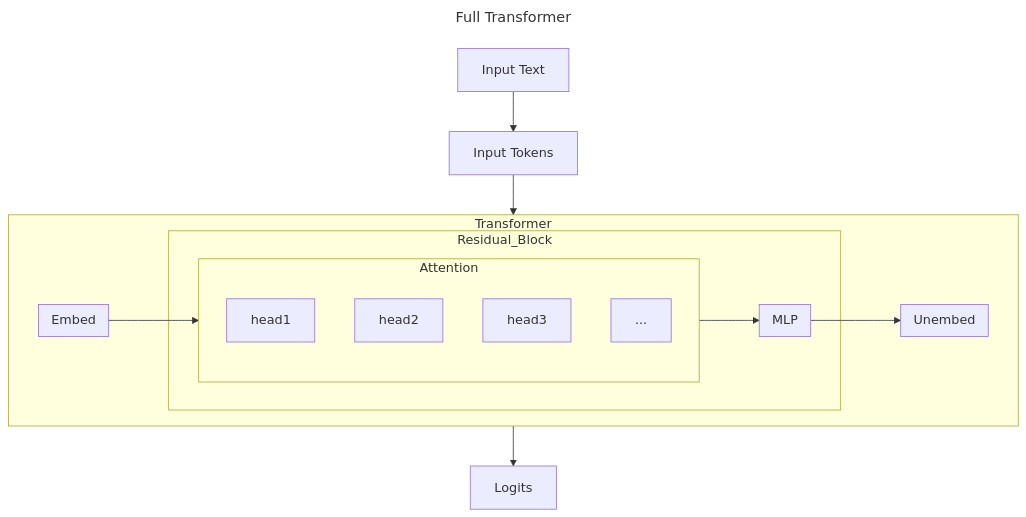
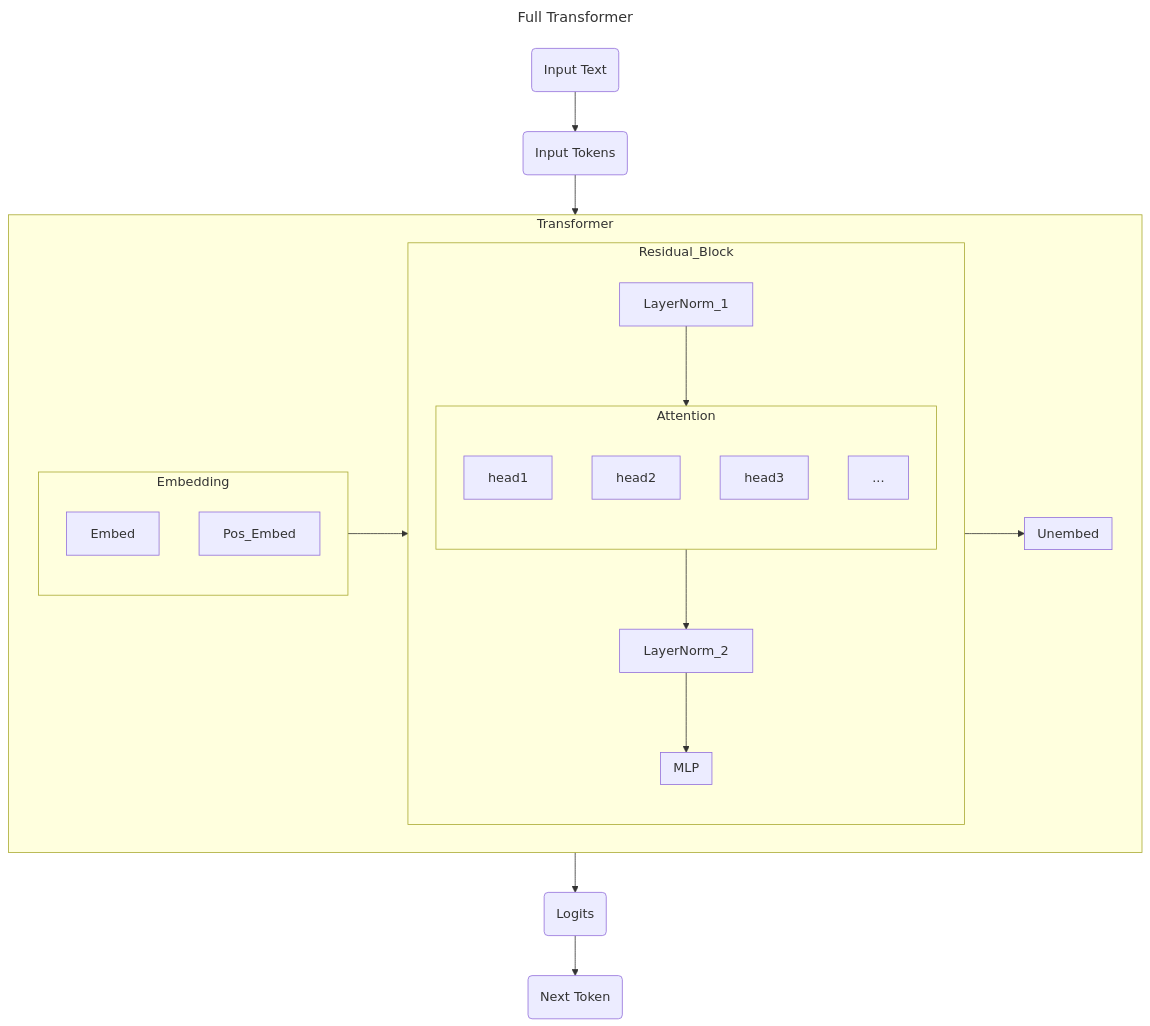
One commit to emma-x1/emma-x1.github.io changed the diagram in src/posts/transformer-from-scratch.md. Above: the diagram before and after it, drawn with Mermaid. The commit also changed other lines of this file and 1 other file, not shown here.

````diff
--- a/src/posts/transformer-from-scratch.md
+++ b/src/posts/transformer-from-scratch.md
@@ -29,25 +20,31 @@
 ```mermaid
 ---
 title: Full Transformer
 ---
 graph TD
-A[Input Text] -->  B[Input Tokens] --> Transformer
+A(Input Text) -->  B(Input Tokens) --> Transformer
 subgraph Transformer
-  subgraph Embed
+  subgraph Embedding
+    Embed
+    Pos_Embed
   end
   subgraph Residual_Block
+    LayerNorm_1 --> Attention
     subgraph Attention
       head1
       head2
       head3
       ...
     end
+    Attention --> LayerNorm_2
+    LayerNorm_2 --> MLP
     subgraph MLP
     end
   end
   subgraph Unembed
   end
-  Embed --> Attention --> MLP --> Unembed
+  Embedding --> Residual_Block --> Unembed
 end
-Transformer --> C[Logits]
+Transformer --> C(Logits)
+C --> D(Next Token)
 ```
````
